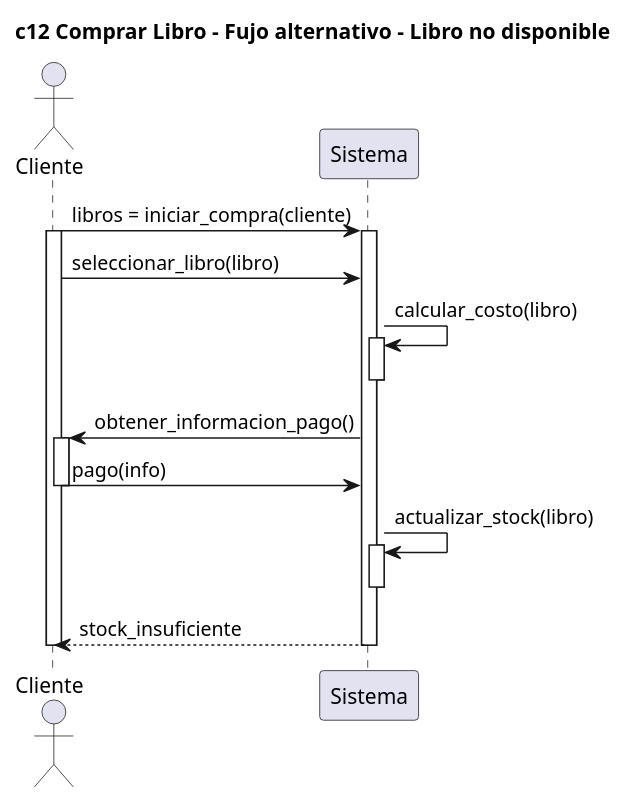
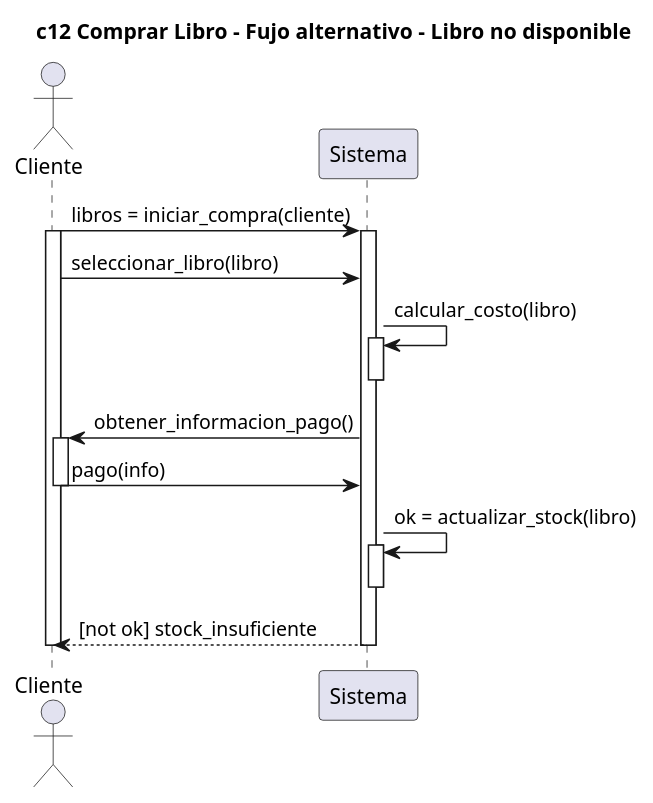
One commit to pablodanielrey/dsbm changed the diagram in tp1/secuencia/compra/secuencia-flujo-alt-2.plantuml. Above: the diagram before and after it, drawn with PlantUML. The commit also changed 2 other files, not shown here.

```diff
--- a/tp1/secuencia/compra/secuencia-flujo-alt-2.plantuml
+++ b/tp1/secuencia/compra/secuencia-flujo-alt-2.plantuml
@@ -1,35 +1,35 @@
 @startuml
 
 
 title c12 Comprar Libro - Fujo alternativo - Libro no disponible
 
 actor Cliente as c
 participant Sistema as s
 
 c -> s : libros = iniciar_compra(cliente)
 activate c
     activate s
 
         c -> s : seleccionar_libro(libro)
 
         s -> s : calcular_costo(libro)
         activate s
         deactivate s
 
         c <- s : obtener_informacion_pago()
         activate c
             c -> s : pago(info)
         deactivate c
 
-        s -> s : actualizar_stock(libro)
+        s -> s : ok = actualizar_stock(libro)
         activate s
         deactivate s            
 
 
-        c <-- s : stock_insuficiente
+        c <-- s : [not ok] stock_insuficiente
 
     deactivate s
 
 deactivate c
 
 @enduml
```
